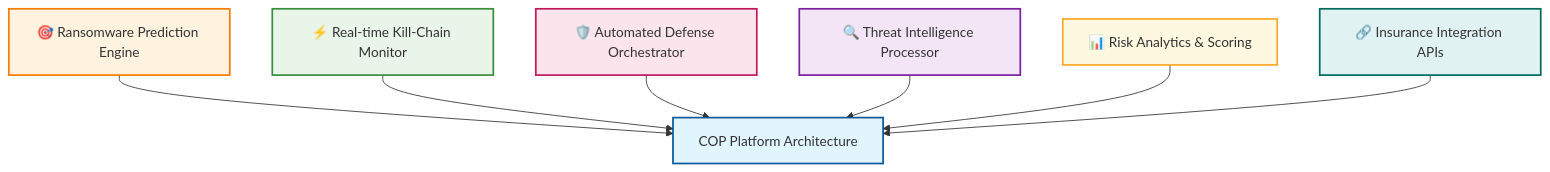
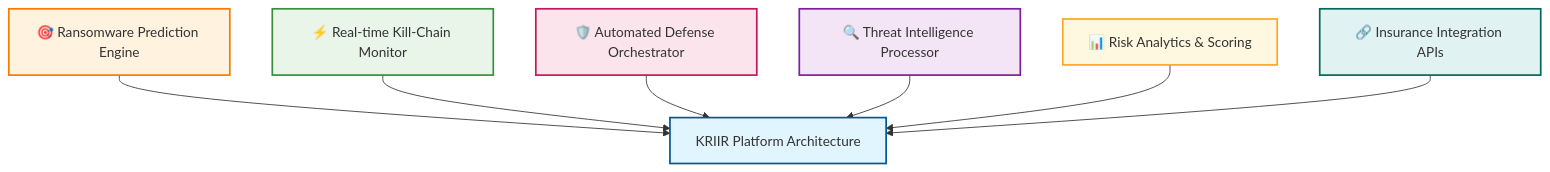
The diagram in api/README.md (ossamalafhel/kriir), drawn with Mermaid before and after one commit. The commit also changed other lines of this file and 42 other files, not shown here.

````diff
--- a/api/README.md
+++ b/api/README.md
@@ -86,17 +87,17 @@
 ```mermaid
 graph TD
-    A[🎯 Ransomware Prediction Engine] --> F[COP Platform Architecture]
+    A[🎯 Ransomware Prediction Engine] --> F[KRIIR Platform Architecture]
     B[⚡ Real-time Kill-Chain Monitor] --> F
     C[🛡️ Automated Defense Orchestrator] --> F
     D[🔍 Threat Intelligence Processor] --> F
     E[📊 Risk Analytics & Scoring] --> F
     G[🔗 Insurance Integration APIs] --> F
     
     style F fill:#e1f5fe,stroke:#01579b,stroke-width:2px
     style A fill:#fff3e0,stroke:#f57c00,stroke-width:2px
     style B fill:#e8f5e8,stroke:#388e3c,stroke-width:2px
     style C fill:#fce4ec,stroke:#c2185b,stroke-width:2px
     style D fill:#f3e5f5,stroke:#7b1fa2,stroke-width:2px
     style E fill:#fff8e1,stroke:#f9a825,stroke-width:2px
     style G fill:#e0f2f1,stroke:#00695c,stroke-width:2px
 ```
````
